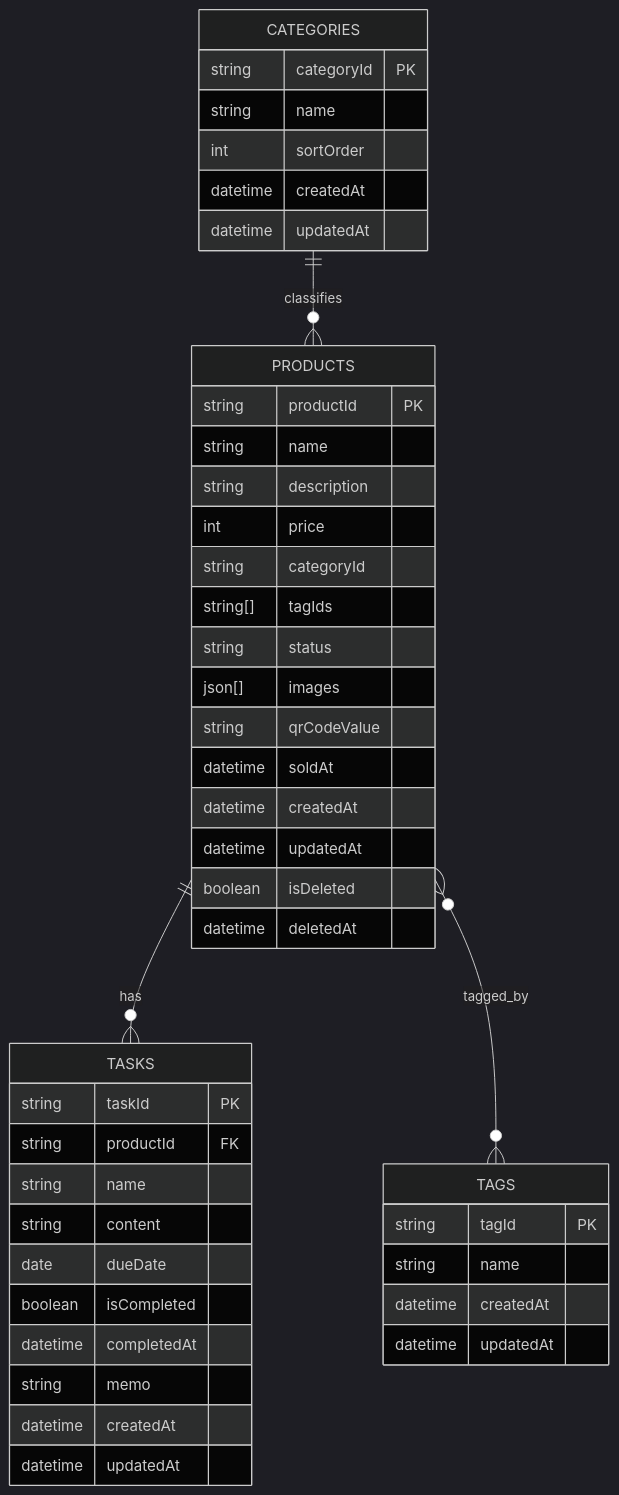
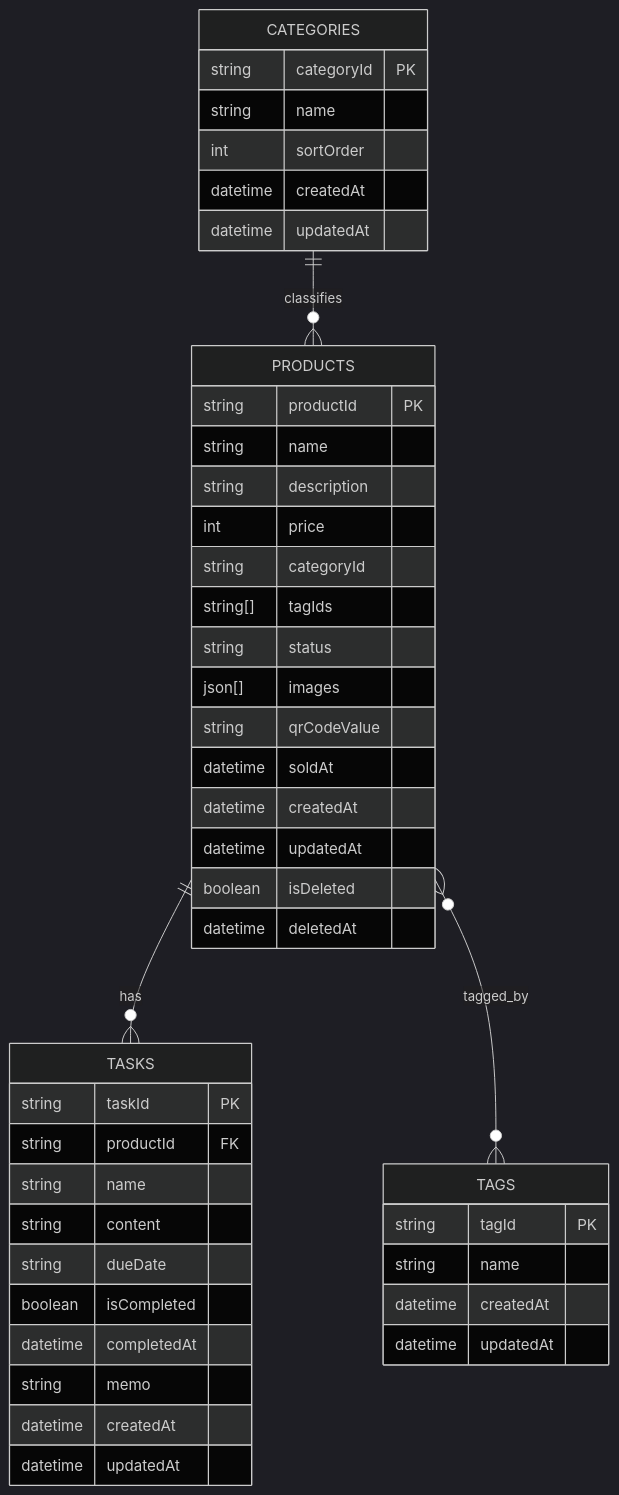
Before and after one commit to Cat5Dog2/Handmade_Item_Management: the fifth of 5 diagrams in docs/basic_design.md, drawn with Mermaid (dark theme). The commit also changed other lines of this file and 9 other files, not shown here.

````diff
--- a/docs/basic_design.md
+++ b/docs/basic_design.md
@@ -801,51 +816,51 @@
 ```mermaid
 erDiagram
     PRODUCTS ||--o{ TASKS : has
     CATEGORIES ||--o{ PRODUCTS : classifies
     PRODUCTS }o--o{ TAGS : tagged_by
 
     PRODUCTS {
         string productId PK
         string name
         string description
         int price
         string categoryId
         string[] tagIds
         string status
         json[] images
         string qrCodeValue
         datetime soldAt
         datetime createdAt
         datetime updatedAt
         boolean isDeleted
         datetime deletedAt
     }
 
     TASKS {
         string taskId PK
         string productId FK
         string name
         string content
-        date dueDate
+        string dueDate
         boolean isCompleted
         datetime completedAt
         string memo
         datetime createdAt
         datetime updatedAt
     }
 
     CATEGORIES {
         string categoryId PK
         string name
         int sortOrder
         datetime createdAt
         datetime updatedAt
     }
 
     TAGS {
         string tagId PK
         string name
         datetime createdAt
         datetime updatedAt
     }
 ```
````
